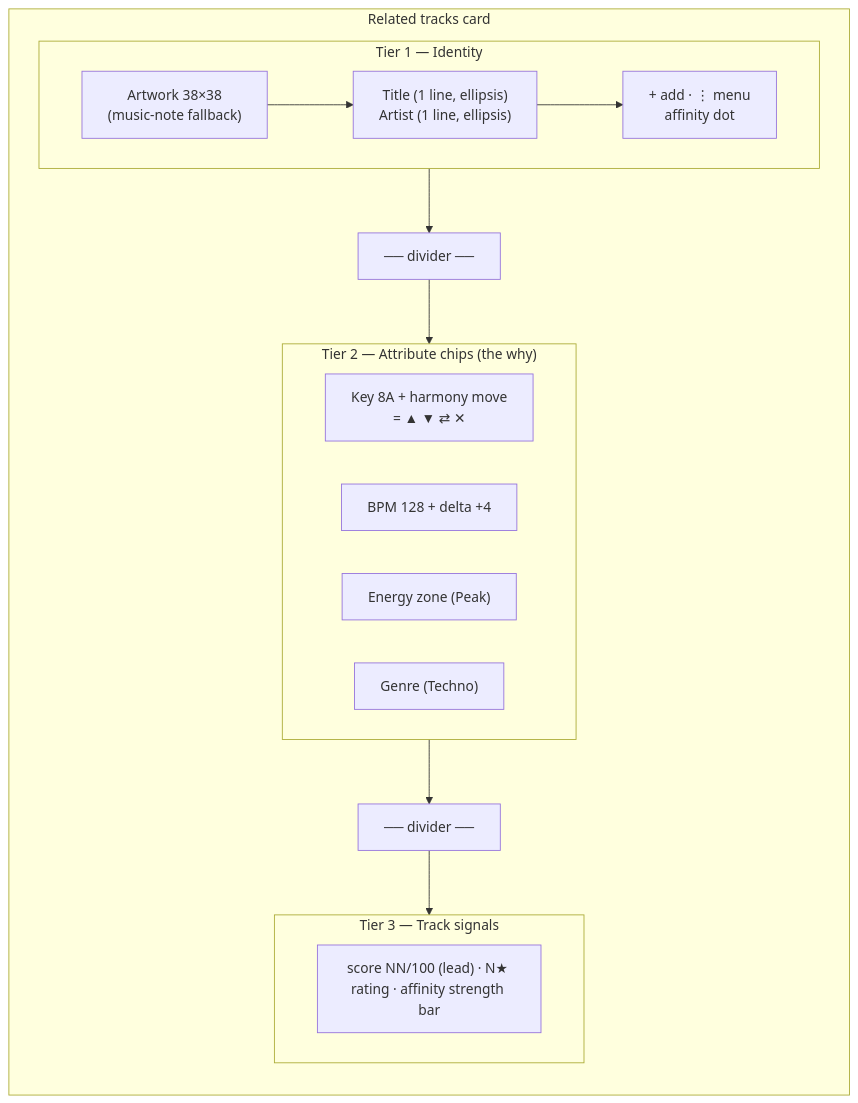
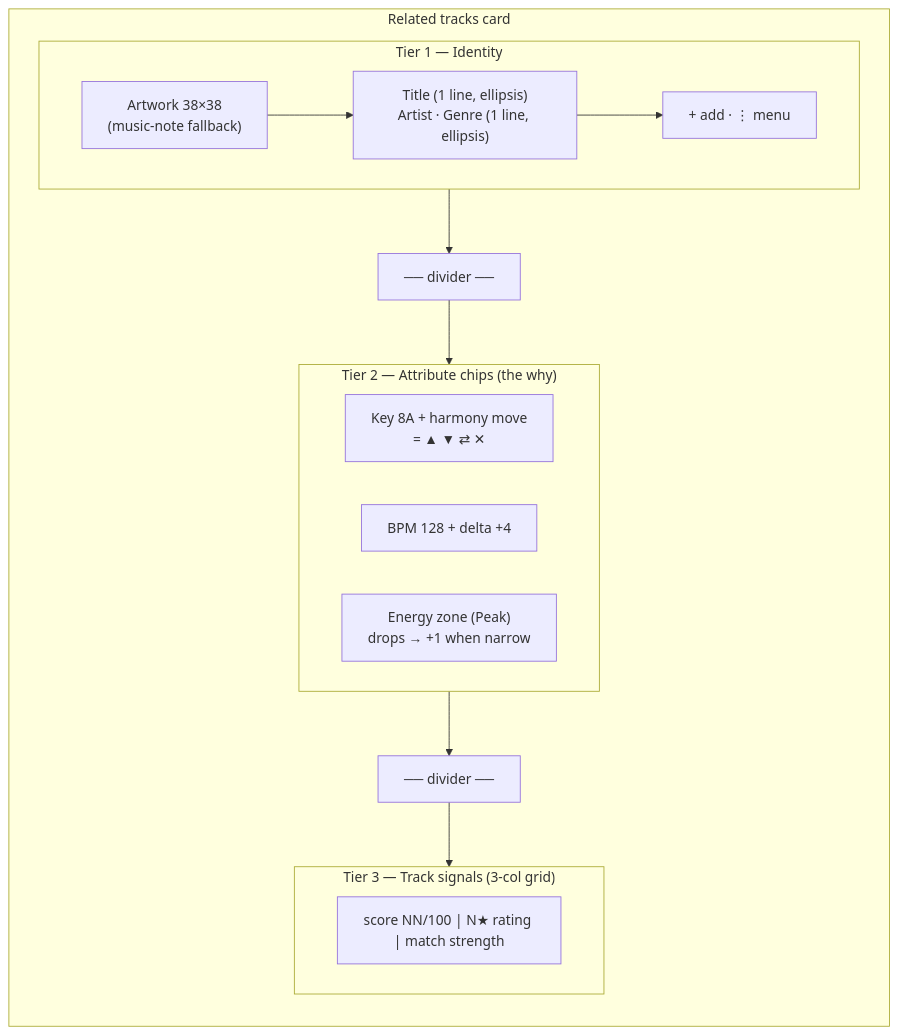
The diagram in frontend/docs/design-system/related-tracks-card.md (riveign/waveform-builer), drawn with Mermaid before and after one commit. The commit also changed other lines of this file and 2 other files, not shown here.

Commit message:
spec(023): STYLE - related card 3-col signals + fix chip overflow

````diff
--- a/frontend/docs/design-system/related-tracks-card.md
+++ b/frontend/docs/design-system/related-tracks-card.md
@@ -23,27 +23,26 @@
 ```mermaid
 flowchart TB
     subgraph Card["Related tracks card"]
         direction TB
         subgraph T1["Tier 1 — Identity"]
             direction LR
             ART["Artwork 38×38<br/>(music-note fallback)"]
-            TXT["Title (1 line, ellipsis)<br/>Artist (1 line, ellipsis)"]
-            ACT["+ add · ⋮ menu<br/>affinity dot"]
+            TXT["Title (1 line, ellipsis)<br/>Artist · Genre (1 line, ellipsis)"]
+            ACT["+ add · ⋮ menu"]
             ART --> TXT --> ACT
         end
         D1["── divider ──"]
         subgraph T2["Tier 2 — Attribute chips (the why)"]
             direction LR
             KEY["Key 8A + harmony move<br/>= ▲ ▼ ⇄ ✕"]
             BPM["BPM 128 + delta +4"]
-            EN["Energy zone (Peak)"]
-            GEN["Genre (Techno)"]
+            EN["Energy zone (Peak)<br/>drops → +1 when narrow"]
         end
         D2["── divider ──"]
-        subgraph T3["Tier 3 — Track signals"]
+        subgraph T3["Tier 3 — Track signals (3-col grid)"]
             direction LR
-            SIG["score NN/100 (lead) · N★ rating · affinity strength bar"]
+            SIG["score NN/100 | N★ rating | match strength"]
         end
         T1 --> D1 --> T2 --> D2 --> T3
     end
 ```
````
